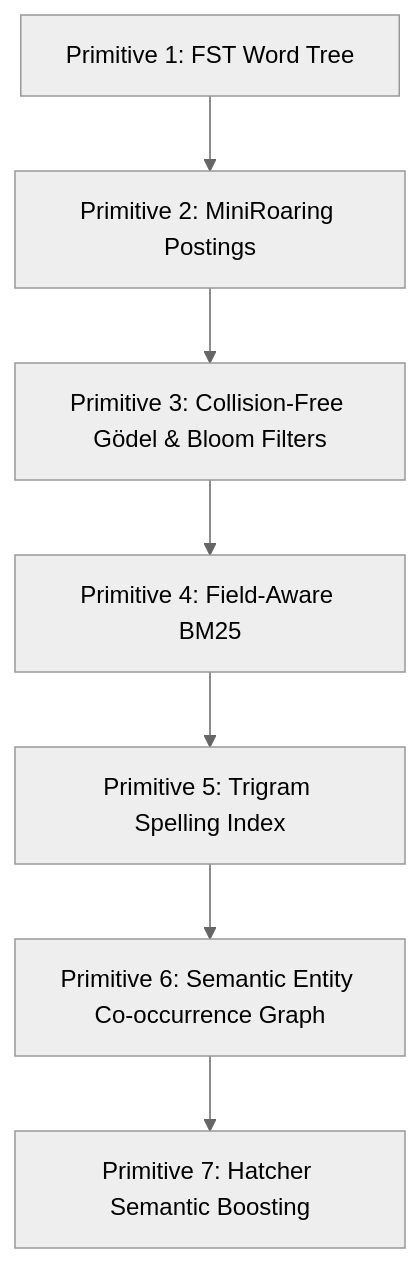
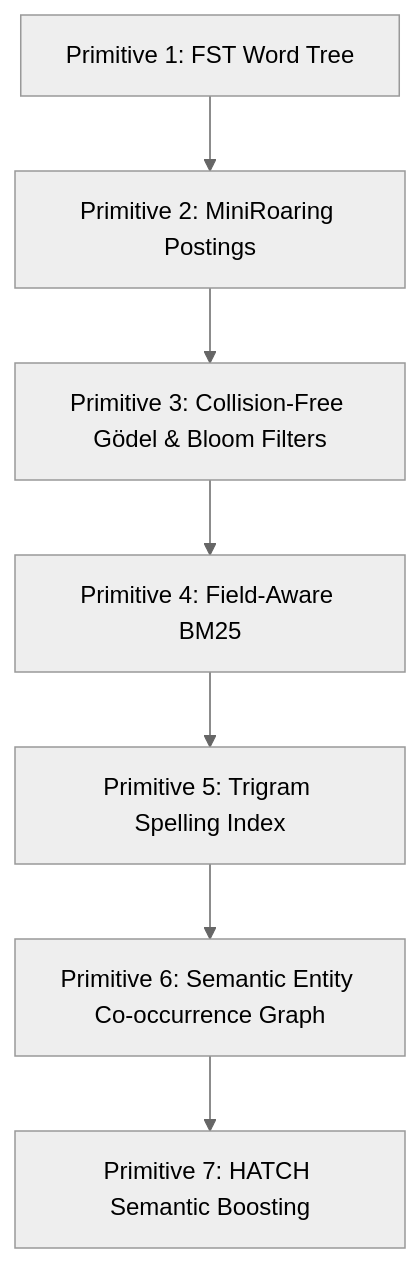
Before and after one commit to kordless/lume: the diagram in README.md, drawn with Mermaid (neutral theme). The commit also changed other lines of this file and 3 other files, not shown here.

Commit message:
docs/refactor: rename Hatcher-style technology references to HATCH throughout codebase and docs

````diff
--- a/README.md
+++ b/README.md
@@ -137,9 +137,9 @@
 ```mermaid
 graph TD
     P1[Primitive 1: FST Word Tree] --> P2[Primitive 2: MiniRoaring Postings]
     P2 --> P3[Primitive 3: Collision-Free Gödel & Bloom Filters]
     P3 --> P4[Primitive 4: Field-Aware BM25]
     P4 --> P5[Primitive 5: Trigram Spelling Index]
     P5 --> P6[Primitive 6: Semantic Entity Co-occurrence Graph]
-    P6 --> P7[Primitive 7: Hatcher Semantic Boosting]
+    P6 --> P7[Primitive 7: HATCH Semantic Boosting]
 ```
````
